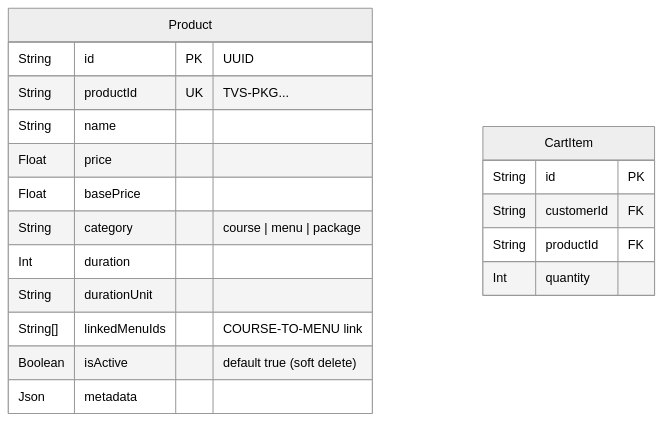
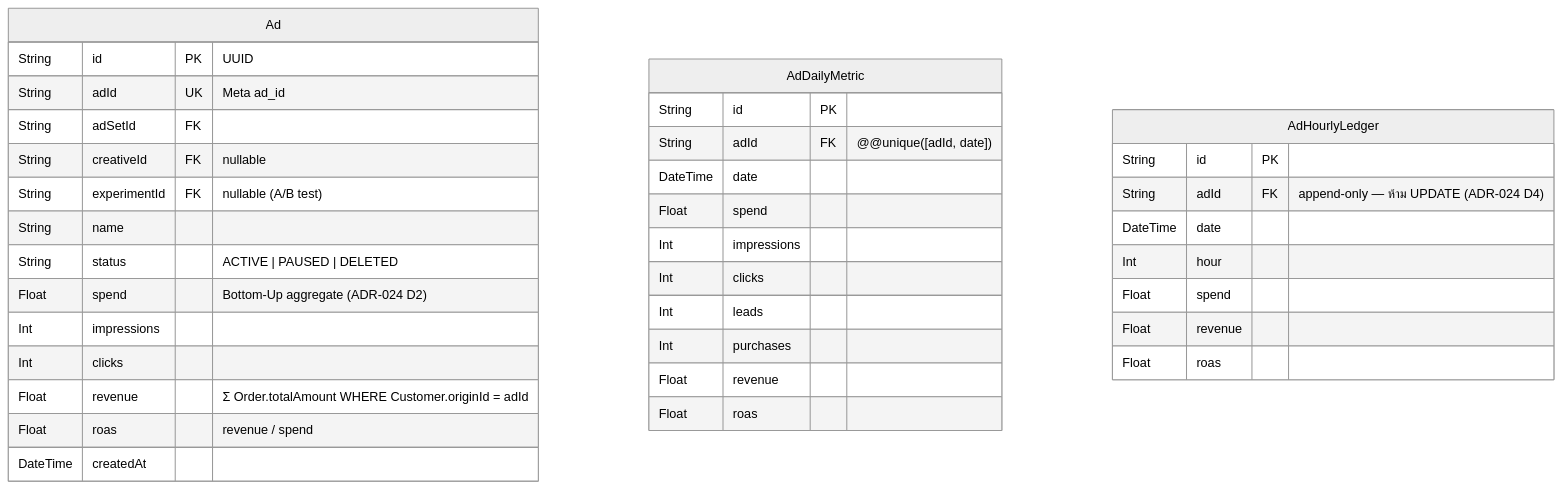
One commit to Freshair129/crmapp changed the third of 8 diagrams in docs/database_erd.md. Above: the diagram before and after it, drawn with Mermaid (neutral theme). The commit also changed other lines of this file and 13 other files, not shown here.

````diff
--- a/docs/database_erd.md
+++ b/docs/database_erd.md
@@ -232,23 +170,41 @@
 ```mermaid
 erDiagram
-    Product {
-        String  id                  PK  "UUID"
-        String  productId           UK  "TVS-PKG..."
-        String  name
-        Float   price
-        Float   basePrice
-        String  category                "course | menu | package"
-        Int     duration
-        String  durationUnit
-        String[] linkedMenuIds          "COURSE-TO-MENU link"
-        Boolean isActive                "default true (soft delete)"
-        Json    metadata
+    Ad {
+        String   id             PK  "UUID"
+        String   adId           UK  "Meta ad_id"
+        String   adSetId        FK
+        String   creativeId     FK  "nullable"
+        String   experimentId   FK  "nullable (A/B test)"
+        String   name
+        String   status             "ACTIVE | PAUSED | DELETED"
+        Float    spend              "Bottom-Up aggregate (ADR-024 D2)"
+        Int      impressions
+        Int      clicks
+        Float    revenue            "Σ Order.totalAmount WHERE Customer.originId = adId"
+        Float    roas               "revenue / spend"
+        DateTime createdAt
     }
 
-    CartItem {
-        String  id         PK
-        String  customerId FK
-        String  productId  FK
-        Int     quantity
+    AdDailyMetric {
+        String   id          PK
+        String   adId        FK  "@@unique([adId, date])"
+        DateTime date
+        Float    spend
+        Int      impressions
+        Int      clicks
+        Int      leads
+        Int      purchases
+        Float    revenue
+        Float    roas
+    }
+
+    AdHourlyLedger {
+        String   id    PK
+        String   adId  FK  "append-only — ห้าม UPDATE (ADR-024 D4)"
+        DateTime date
+        Int      hour
+        Float    spend
+        Float    revenue
+        Float    roas
     }
 ```
````
